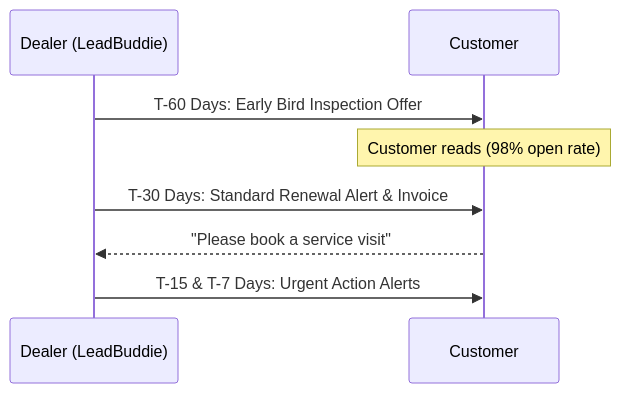
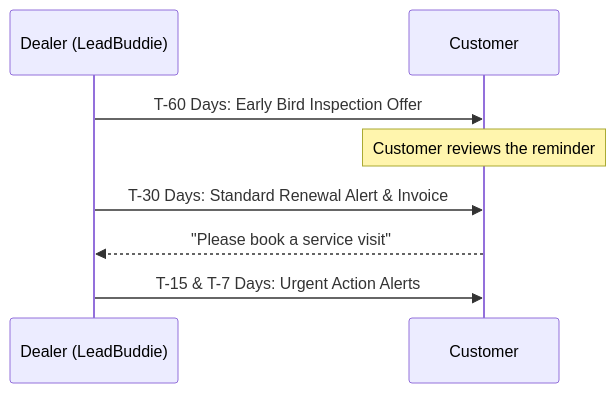
The diagram in content/blog/water-purifier-amc-renewals-whatsapp-automation.md (vivek6868/leadbuddie-website), drawn with Mermaid before and after one commit. The commit also changed other lines of this file and 73 other files, not shown here.

````diff
--- a/content/blog/water-purifier-amc-renewals-whatsapp-automation.md
+++ b/content/blog/water-purifier-amc-renewals-whatsapp-automation.md
@@ -40,10 +36,10 @@
 ```mermaid
 sequenceDiagram
     participant D as Dealer (LeadBuddie)
     participant C as Customer
     D->>C: T-60 Days: Early Bird Inspection Offer
-    Note over C: Customer reads (98% open rate)
+    Note over C: Customer reviews the reminder
     D->>C: T-30 Days: Standard Renewal Alert & Invoice
     C-->>D: "Please book a service visit"
     D->>C: T-15 & T-7 Days: Urgent Action Alerts
 ```
````
